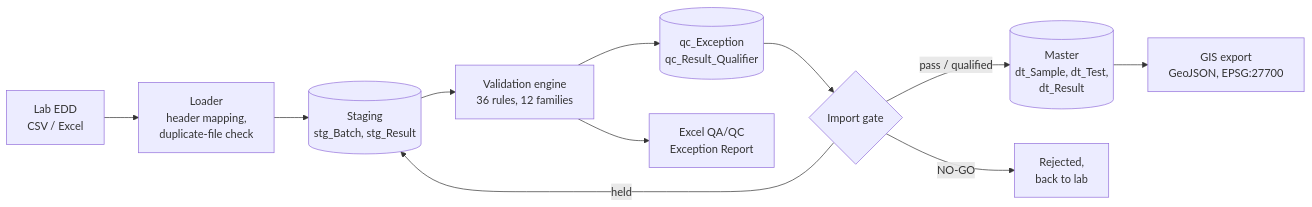
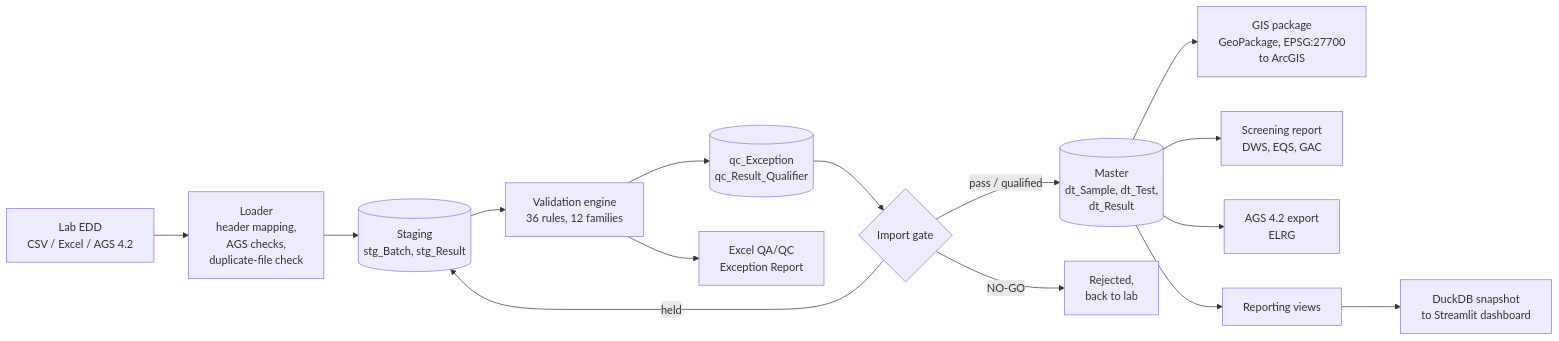
Before and after one commit to PriyankaSagwekar/EDD-Validation-Engine-and-QA-QC: the first of 2 diagrams in README.md, drawn with Mermaid. The commit also changed other lines of this file and 1 other file, not shown here.

````diff
--- a/README.md
+++ b/README.md
@@ -15,13 +17,16 @@
 ```mermaid
 flowchart LR
-    A[Lab EDD<br/>CSV / Excel] --> B[Loader<br/>header mapping,<br/>duplicate-file check]
+    A[Lab EDD<br/>CSV / Excel / AGS 4.2] --> B[Loader<br/>header mapping,<br/>AGS checks,<br/>duplicate-file check]
     B --> C[(Staging<br/>stg_Batch, stg_Result)]
     C --> D[Validation engine<br/>36 rules, 12 families]
     D --> E[(qc_Exception<br/>qc_Result_Qualifier)]
     D --> F[Excel QA/QC<br/>Exception Report]
     E --> G{Import gate}
     G -- pass / qualified --> H[(Master<br/>dt_Sample, dt_Test,<br/>dt_Result)]
     G -- held --> C
     G -- NO-GO --> I[Rejected,<br/>back to lab]
-    H --> J[GIS export<br/>GeoJSON, EPSG:27700]
+    H --> J[GIS package<br/>GeoPackage, EPSG:27700<br/>to ArcGIS]
+    H --> K[Screening report<br/>DWS, EQS, GAC]
+    H --> L[AGS 4.2 export<br/>ELRG]
+    H --> M[Reporting views] --> N[DuckDB snapshot<br/>to Streamlit dashboard]
 ```
````
